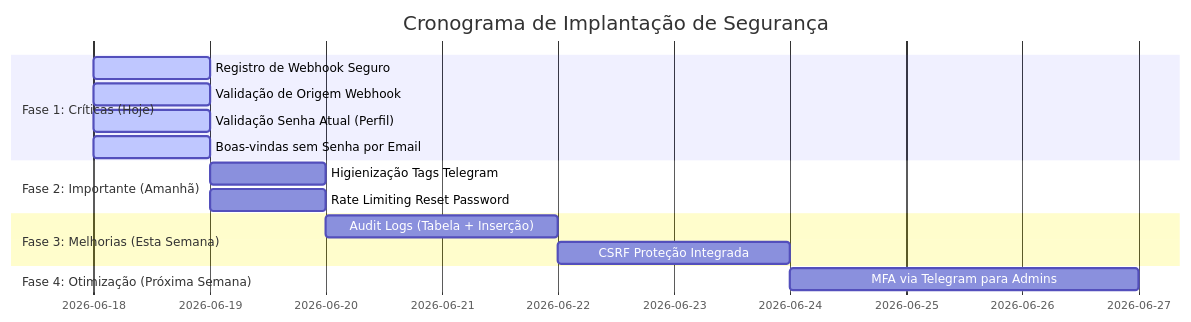
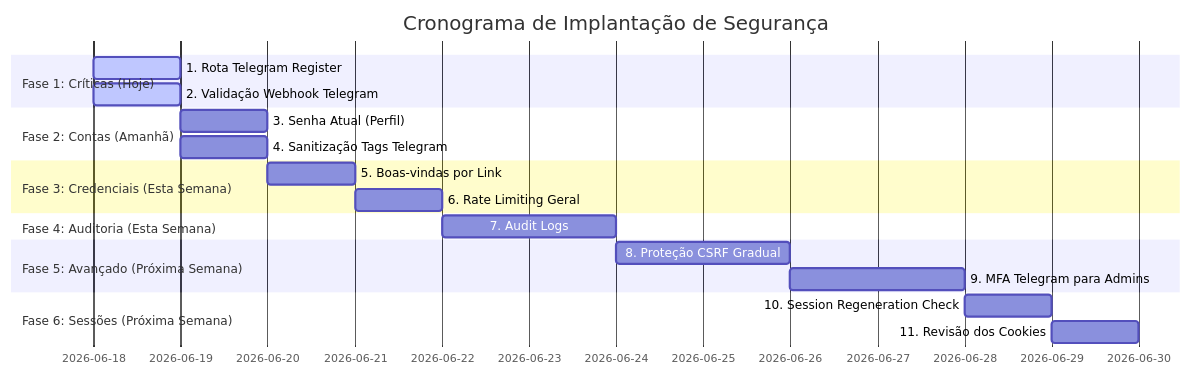
One commit to karlateshima2012-create/cp-agendapro-antigravity changed the diagram in docs/plano_acao_seguranca.md. Above: the diagram before and after it, drawn with Mermaid. The commit also changed other lines of this file, not shown here.

````diff
--- a/docs/plano_acao_seguranca.md
+++ b/docs/plano_acao_seguranca.md
@@ -9,18 +9,22 @@
 ```mermaid
 gantt
     title Cronograma de Implantação de Segurança
     dateFormat  YYYY-MM-DD
     section Fase 1: Críticas (Hoje)
-    Registro de Webhook Seguro       :active, p1, 2026-06-18, 1d
-    Validação de Origem Webhook      :active, p2, 2026-06-18, 1d
-    Validação Senha Atual (Perfil)   :active, p3, 2026-06-18, 1d
-    Boas-vindas sem Senha por Email :active, p4, 2026-06-18, 1d
-    section Fase 2: Importante (Amanhã)
-    Higienização Tags Telegram       :p5, 2026-06-19, 1d
-    Rate Limiting Reset Password     :p6, 2026-06-19, 1d
-    section Fase 3: Melhorias (Esta Semana)
-    Audit Logs (Tabela + Inserção)   :p7, 2026-06-20, 2d
-    CSRF Proteção Integrada          :p8, 2026-06-22, 2d
-    section Fase 4: Otimização (Próxima Semana)
-    MFA via Telegram para Admins     :p9, 2026-06-24, 3d
+    1. Rota Telegram Register        :active, p1, 2026-06-18, 1d
+    2. Validação Webhook Telegram    :active, p2, 2026-06-18, 1d
+    section Fase 2: Contas (Amanhã)
+    3. Senha Atual (Perfil)          :p3, 2026-06-19, 1d
+    4. Sanitização Tags Telegram     :p4, 2026-06-19, 1d
+    section Fase 3: Credenciais (Esta Semana)
+    5. Boas-vindas por Link          :p5, 2026-06-20, 1d
+    6. Rate Limiting Geral           :p6, 2026-06-21, 1d
+    section Fase 4: Auditoria (Esta Semana)
+    7. Audit Logs                    :p7, 2026-06-22, 2d
+    section Fase 5: Avançado (Próxima Semana)
+    8. Proteção CSRF Gradual         :p8, 2026-06-24, 2d
+    9. MFA Telegram para Admins      :p9, 2026-06-26, 2d
+    section Fase 6: Sessões (Próxima Semana)
+    10. Session Regeneration Check   :p10, 2026-06-28, 1d
+    11. Revisão dos Cookies          :p11, 2026-06-29, 1d
 ```
````
